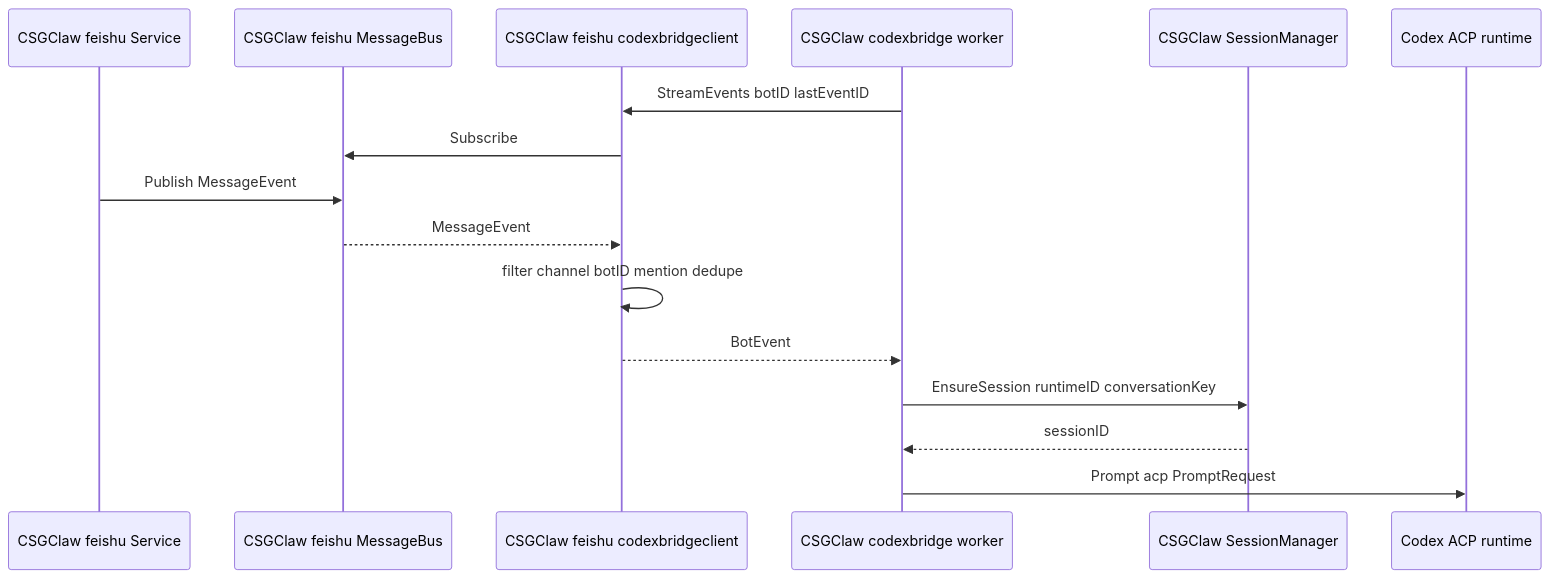
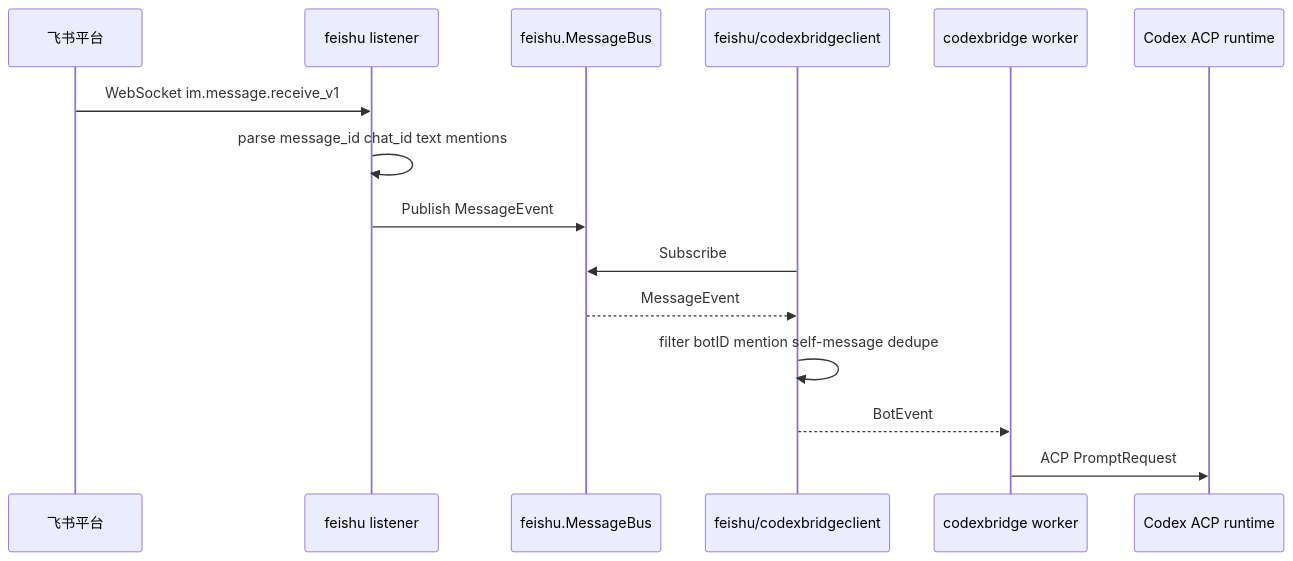
One commit to GatewayJ/csgclaw changed the third of 5 diagrams in docs/channel/codex-feishu.zh.md. Above: the diagram before and after it, drawn with Mermaid. The commit also changed other lines of this file, not shown here.

Commit message:
docs: clarify feishu protocol interfaces

````diff
--- a/docs/channel/codex-feishu.zh.md
+++ b/docs/channel/codex-feishu.zh.md
@@ -378,19 +434,18 @@
 ```mermaid
 sequenceDiagram
-    participant Service as CSGClaw feishu Service
-    participant Bus as CSGClaw feishu MessageBus
-    participant Adapter as CSGClaw feishu codexbridgeclient
-    participant Bridge as CSGClaw codexbridge worker
-    participant Session as CSGClaw SessionManager
+    participant Feishu as 飞书平台
+    participant Listener as feishu listener
+    participant Bus as feishu.MessageBus
+    participant Client as feishu/codexbridgeclient
+    participant Bridge as codexbridge worker
     participant Codex as Codex ACP runtime
 
-    Bridge->>Adapter: StreamEvents botID lastEventID
-    Adapter->>Bus: Subscribe
-    Service->>Bus: Publish MessageEvent
-    Bus-->>Adapter: MessageEvent
-    Adapter->>Adapter: filter channel botID mention dedupe
-    Adapter-->>Bridge: BotEvent
-    Bridge->>Session: EnsureSession runtimeID conversationKey
-    Session-->>Bridge: sessionID
-    Bridge->>Codex: Prompt acp PromptRequest
+    Feishu->>Listener: WebSocket im.message.receive_v1
+    Listener->>Listener: parse message_id chat_id text mentions
+    Listener->>Bus: Publish MessageEvent
+    Client->>Bus: Subscribe
+    Bus-->>Client: MessageEvent
+    Client->>Client: filter botID mention self-message dedupe
+    Client-->>Bridge: BotEvent
+    Bridge->>Codex: ACP PromptRequest
 ```
````
